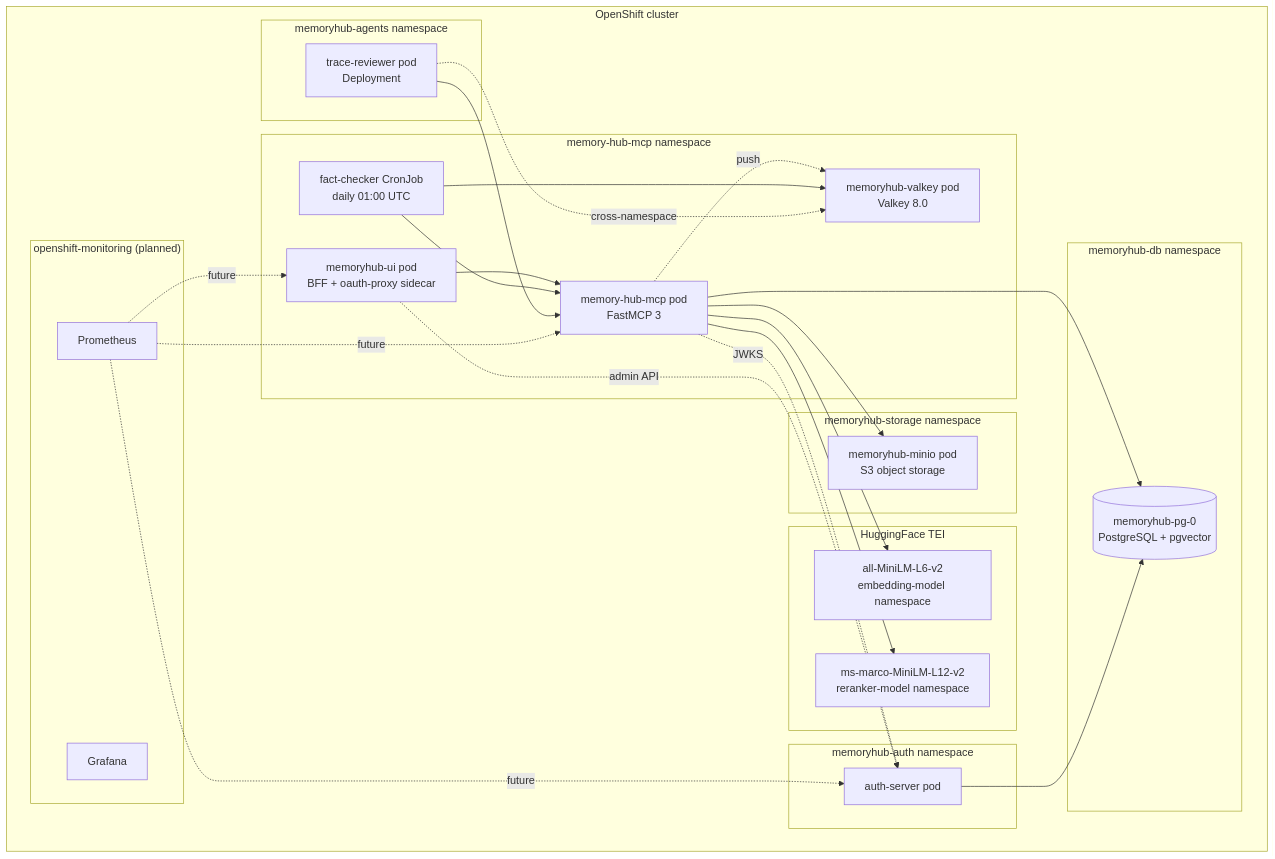
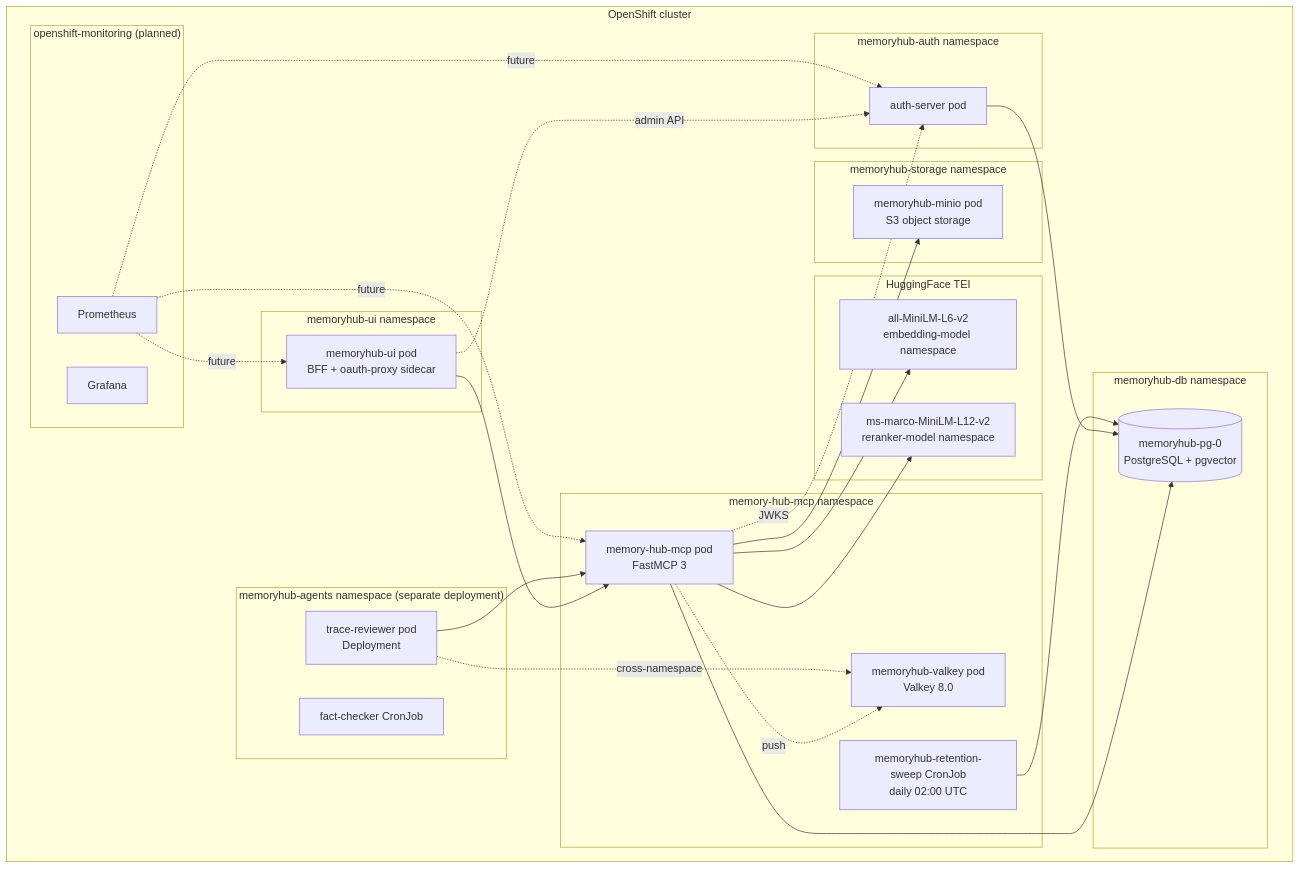
One commit to redhat-ai-americas/memory-hub changed the fifth of 5 diagrams in docs/ARCHITECTURE.md. Above: the diagram before and after it, drawn with Mermaid. The commit also changed other lines of this file and 103 other files, not shown here.

````diff
--- a/docs/ARCHITECTURE.md
+++ b/docs/ARCHITECTURE.md
@@ -243,54 +245,57 @@
 ```mermaid
 graph TB
     subgraph "OpenShift cluster"
         subgraph "memory-hub-mcp namespace"
             MCP_POD[memory-hub-mcp pod<br/>FastMCP 3]
+            VK_POD[memoryhub-valkey pod<br/>Valkey 8.0]
+            RET_JOB[memoryhub-retention-sweep CronJob<br/>daily 02:00 UTC]
+        end
+
+        subgraph "memoryhub-ui namespace"
             UI_POD[memoryhub-ui pod<br/>BFF + oauth-proxy sidecar]
-            VK_POD[memoryhub-valkey pod<br/>Valkey 8.0]
-            FC_JOB[fact-checker CronJob<br/>daily 01:00 UTC]
         end
 
         subgraph "memoryhub-storage namespace"
             MINIO_POD[memoryhub-minio pod<br/>S3 object storage]
         end
 
-        subgraph "memoryhub-agents namespace"
+        subgraph "memoryhub-agents namespace (separate deployment)"
             TR_POD[trace-reviewer pod<br/>Deployment]
+            FC_JOB[fact-checker CronJob]
         end
 
         subgraph "memoryhub-auth namespace"
             AUTH_POD[auth-server pod]
         end
 
         subgraph "memoryhub-db namespace"
             PG_POD[(memoryhub-pg-0<br/>PostgreSQL + pgvector)]
         end
 
         subgraph "HuggingFace TEI"
             EMB[all-MiniLM-L6-v2<br/>embedding-model namespace]
             RR[ms-marco-MiniLM-L12-v2<br/>reranker-model namespace]
         end
 
         subgraph "openshift-monitoring (planned)"
             PROM[Prometheus]
             GRAF[Grafana]
         end
     end
 
     MCP_POD --> PG_POD
     MCP_POD --> MINIO_POD
     MCP_POD --> EMB
     MCP_POD --> RR
     MCP_POD -. JWKS .-> AUTH_POD
     MCP_POD -. push .-> VK_POD
     UI_POD --> MCP_POD
     UI_POD -. admin API .-> AUTH_POD
     AUTH_POD --> PG_POD
 
-    FC_JOB --> MCP_POD
-    FC_JOB --> VK_POD
+    RET_JOB --> PG_POD
     TR_POD --> MCP_POD
     TR_POD -. cross-namespace .-> VK_POD
 
     PROM -. future .-> MCP_POD & UI_POD & AUTH_POD
 ```
````
